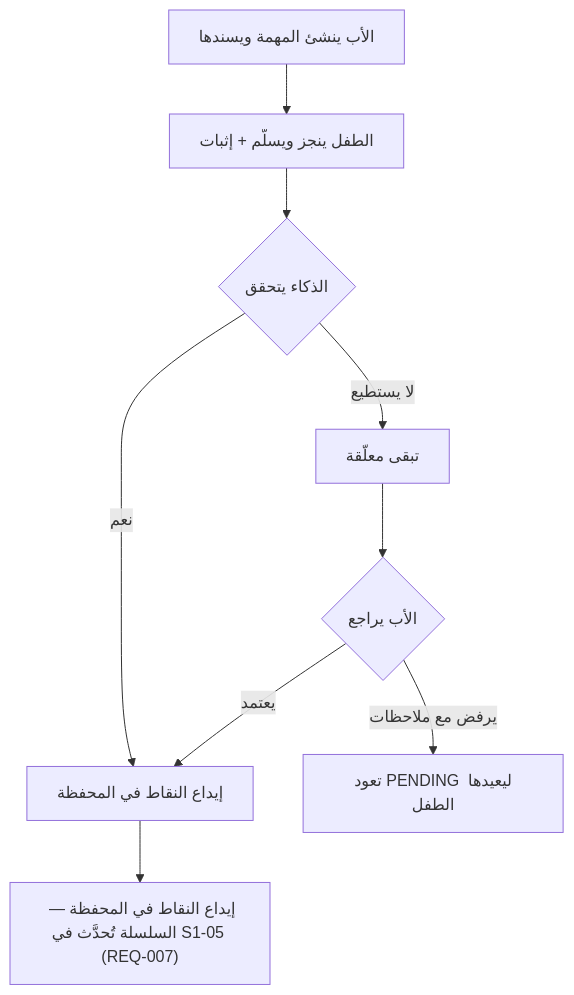
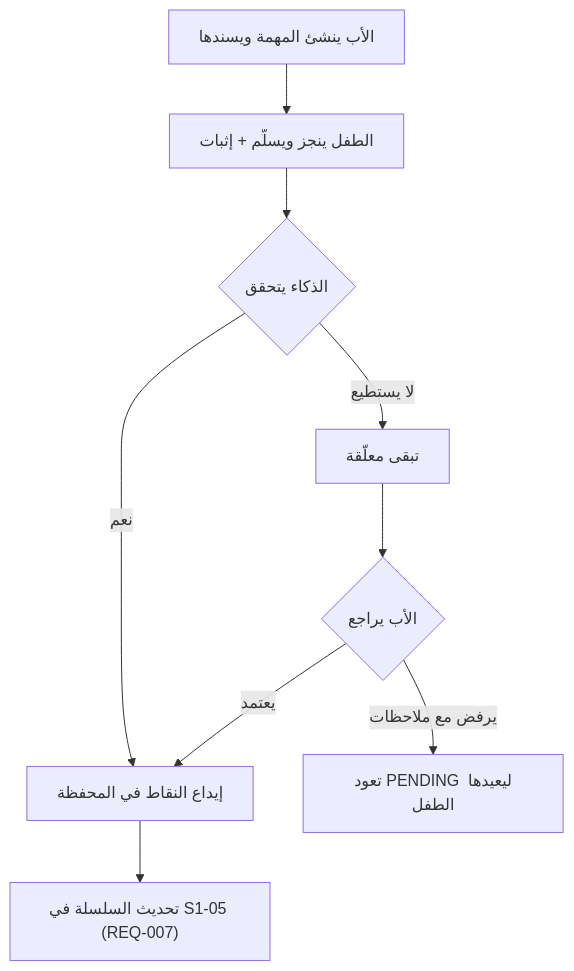
One commit to Bassam-mohammed-alqaeadi/family-os-v2 changed the second of 3 diagrams in docs/family-os/governance/phases/phase-1/S1-06-tasks-and-calendar/SPEC.md. Above: the diagram before and after it, drawn with Mermaid. The commit also changed other lines of this file and 8 other files, not shown here.

````diff
--- a/docs/family-os/governance/phases/phase-1/S1-06-tasks-and-calendar/SPEC.md
+++ b/docs/family-os/governance/phases/phase-1/S1-06-tasks-and-calendar/SPEC.md
@@ -48,11 +49,11 @@
 ```mermaid
 flowchart TD
     A[الأب ينشئ المهمة ويسندها] --> B[الطفل ينجز ويسلّم + إثبات]
     B --> C{الذكاء يتحقق}
     C -->|نعم| D[إيداع النقاط في المحفظة]
     C -->|لا يستطيع| E[تبقى معلّقة]
     E --> F{الأب يراجع}
     F -->|يعتمد| D
     F -->|يرفض مع ملاحظات| G[تعود PENDING ليعيدها الطفل]
-    D --> H["إيداع النقاط في المحفظة — السلسلة تُحدَّث في S1-05 (REQ-007)"]
+    D --> H["تحديث السلسلة في S1-05 (REQ-007)"]
 ```
````
